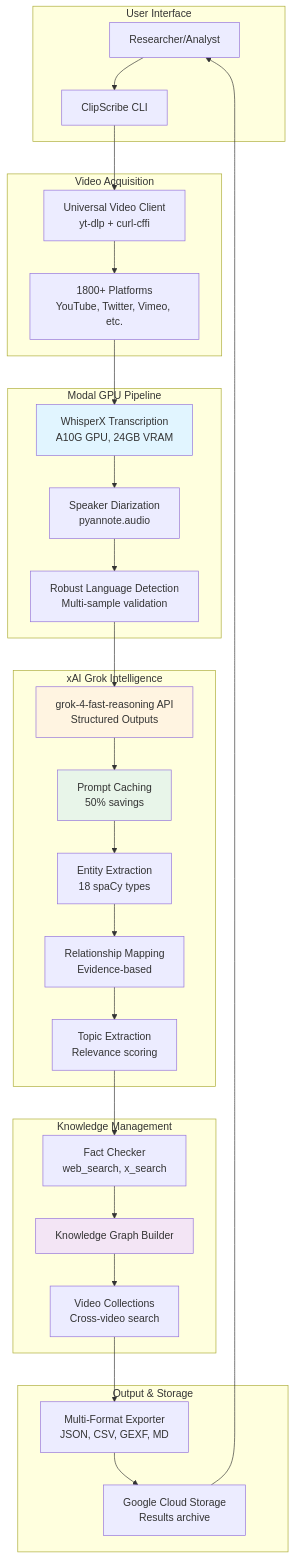
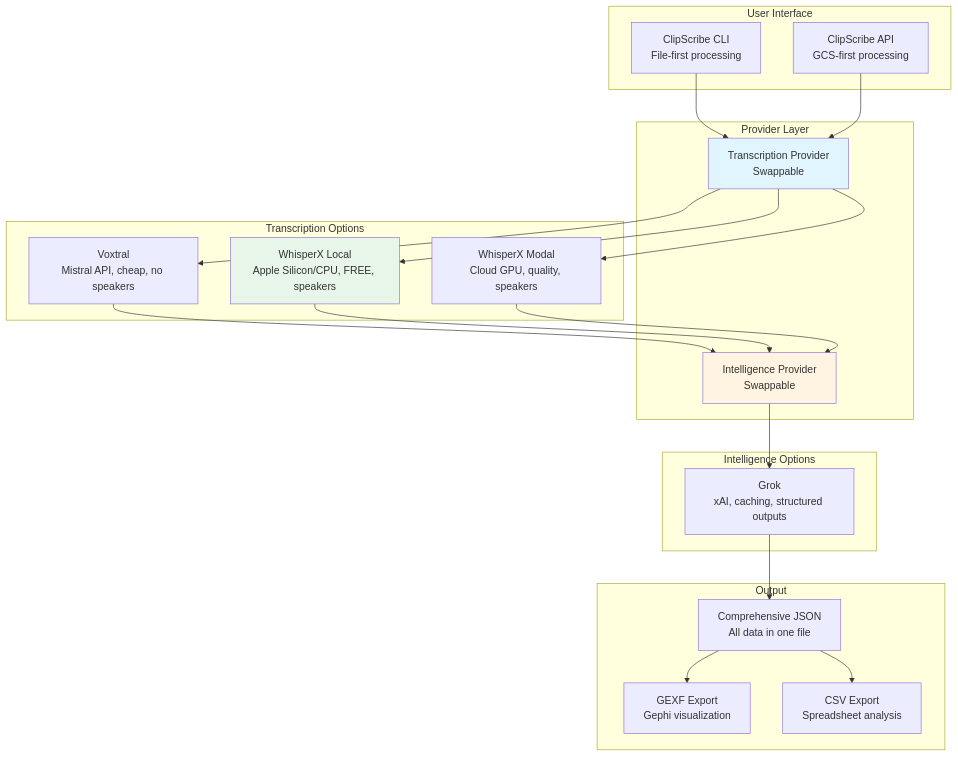
Before and after one commit to bubroz/clipscribe: the first of 3 diagrams in docs/ARCHITECTURE.md, drawn with Mermaid. The commit also changed other lines of this file and 3 other files, not shown here.

````diff
--- a/docs/ARCHITECTURE.md
+++ b/docs/ARCHITECTURE.md
@@ -49,60 +47,48 @@
 ```mermaid
 graph TB
     subgraph "User Interface"
-        User[Researcher/Analyst]
-        CLI[ClipScribe CLI]
+        CLI[ClipScribe CLI<br/>File-first processing]
+        API[ClipScribe API<br/>GCS-first processing]
     end
     
-    subgraph "Video Acquisition"
-        VideoClient[Universal Video Client<br/>yt-dlp + curl-cffi]
-        Platforms[1800+ Platforms<br/>YouTube, Twitter, Vimeo, etc.]
+    subgraph "Provider Layer"
+        TransProvider[Transcription Provider<br/>Swappable]
+        IntProvider[Intelligence Provider<br/>Swappable]
     end
     
-    subgraph "Modal GPU Pipeline"
-        WhisperX[WhisperX Transcription<br/>A10G GPU, 24GB VRAM]
-        Diarization[Speaker Diarization<br/>pyannote.audio]
-        LangDetect[Robust Language Detection<br/>Multi-sample validation]
+    subgraph "Transcription Options"
+        Voxtral[Voxtral<br/>Mistral API, cheap, no speakers]
+        WhisperXLocal[WhisperX Local<br/>Apple Silicon/CPU, FREE, speakers]
+        WhisperXModal[WhisperX Modal<br/>Cloud GPU, quality, speakers]
     end
     
-    subgraph "xAI Grok Intelligence"
-        GrokAPI[grok-4-fast-reasoning API<br/>Structured Outputs]
-        PromptCache[Prompt Caching<br/>50% savings]
-        EntityExtract[Entity Extraction<br/>18 spaCy types]
-        RelationMap[Relationship Mapping<br/>Evidence-based]
-        TopicExtract[Topic Extraction<br/>Relevance scoring]
+    subgraph "Intelligence Options"
+        Grok[Grok<br/>xAI, caching, structured outputs]
     end
     
-    subgraph "Knowledge Management"
-        KG[Knowledge Graph Builder]
-        FactCheck[Fact Checker<br/>web_search, x_search]
-        KnowledgeBase[Video Collections<br/>Cross-video search]
+    subgraph "Output"
+        JSON[Comprehensive JSON<br/>All data in one file]
+        GEXF[GEXF Export<br/>Gephi visualization]
+        CSV[CSV Export<br/>Spreadsheet analysis]
     end
     
-    subgraph "Output & Storage"
-        Formatter[Multi-Format Exporter<br/>JSON, CSV, GEXF, MD]
-        GCS[Google Cloud Storage<br/>Results archive]
-    end
+    CLI --> TransProvider
+    API --> TransProvider
+    TransProvider --> Voxtral
+    TransProvider --> WhisperXLocal
+    TransProvider --> WhisperXModal
     
-    User --> CLI
-    CLI --> VideoClient
-    VideoClient --> Platforms
-    Platforms --> WhisperX
-    WhisperX --> Diarization
-    Diarization --> LangDetect
-    LangDetect --> GrokAPI
-    GrokAPI --> PromptCache
-    PromptCache --> EntityExtract
-    EntityExtract --> RelationMap
-    RelationMap --> TopicExtract
-    TopicExtract --> FactCheck
-    FactCheck --> KG
-    KG --> KnowledgeBase
-    KnowledgeBase --> Formatter
-    Formatter --> GCS
-    GCS --> User
+    Voxtral --> IntProvider
+    WhisperXLocal --> IntProvider
+    WhisperXModal --> IntProvider
     
-    style WhisperX fill:#e1f5ff
-    style GrokAPI fill:#fff4e1
-    style PromptCache fill:#e8f5e9
-    style KG fill:#f3e5f5
+    IntProvider --> Grok
+    
+    Grok --> JSON
+    JSON --> GEXF
+    JSON --> CSV
+    
+    style TransProvider fill:#e1f5ff
+    style IntProvider fill:#fff4e1
+    style WhisperXLocal fill:#e8f5e9
 ```
````
